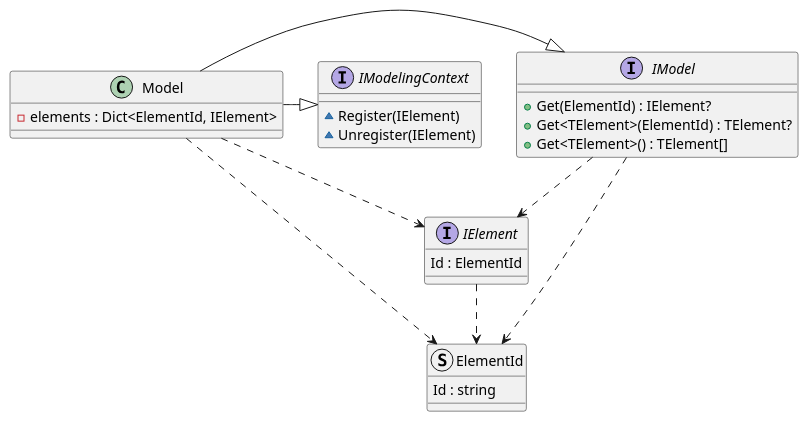
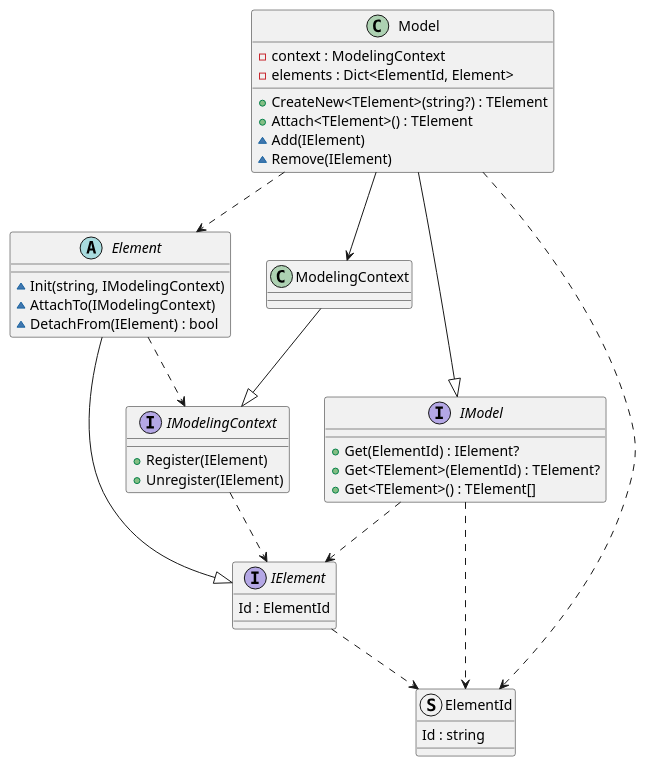
One commit to KretschiGL/PragmaticBPMN changed the diagram in doc/Design/BPMN.Model.ClassDiagram.puml. Above: the diagram before and after it, drawn with PlantUML.

Commit message:
Defining basic classes to create a model

```diff
--- a/doc/Design/BPMN.Model.ClassDiagram.puml
+++ b/doc/Design/BPMN.Model.ClassDiagram.puml
@@ -1,36 +1,58 @@
 @startuml
 
 struct ElementId {
     Id : string
 }
 
 interface IElement {
     Id : ElementId
 }
 
 IElement ..> ElementId
 
+abstract class Element
+{
+    ~ Init(string, IModelingContext)
+    ~ AttachTo(IModelingContext)
+    ~ DetachFrom(IElement) : bool
+}
+
+Element -|> IElement
+Element ..> IModelingContext
+
 interface IModel {
     + Get(ElementId) : IElement?
     + Get<TElement>(ElementId) : TElement?
     + Get<TElement>() : TElement[]
 }
 
 IModel ..> ElementId
 IModel ..> IElement
 
 interface IModelingContext {
-    ~ Register(IElement)
-    ~ Unregister(IElement)
+    + Register(IElement)
+    + Unregister(IElement)
 }
 
+IModelingContext ..> IElement
+
+class ModelingContext
+
+ModelingContext -|> IModelingContext
+
 class Model {
-    - elements : Dict<ElementId, IElement>
+    - context : ModelingContext
+    - elements : Dict<ElementId, Element>
+
+    + CreateNew<TElement>(string?) : TElement
+    + Attach<TElement>() : TElement
+    ~ Add(IElement)
+    ~ Remove(IElement)
 }
 
 Model -|> IModel
-Model -|> IModelingContext
+Model -> ModelingContext
 Model ..> ElementId
-Model ..> IElement
+Model ..> Element
 
 @enduml
```
